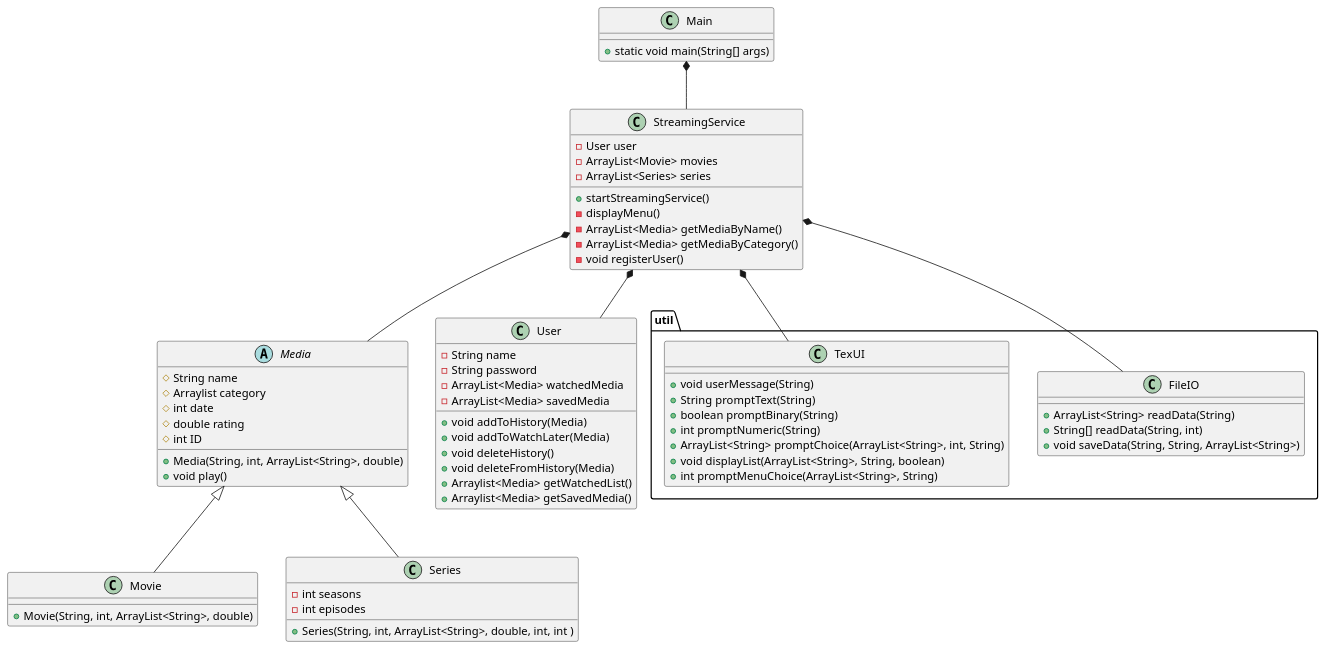
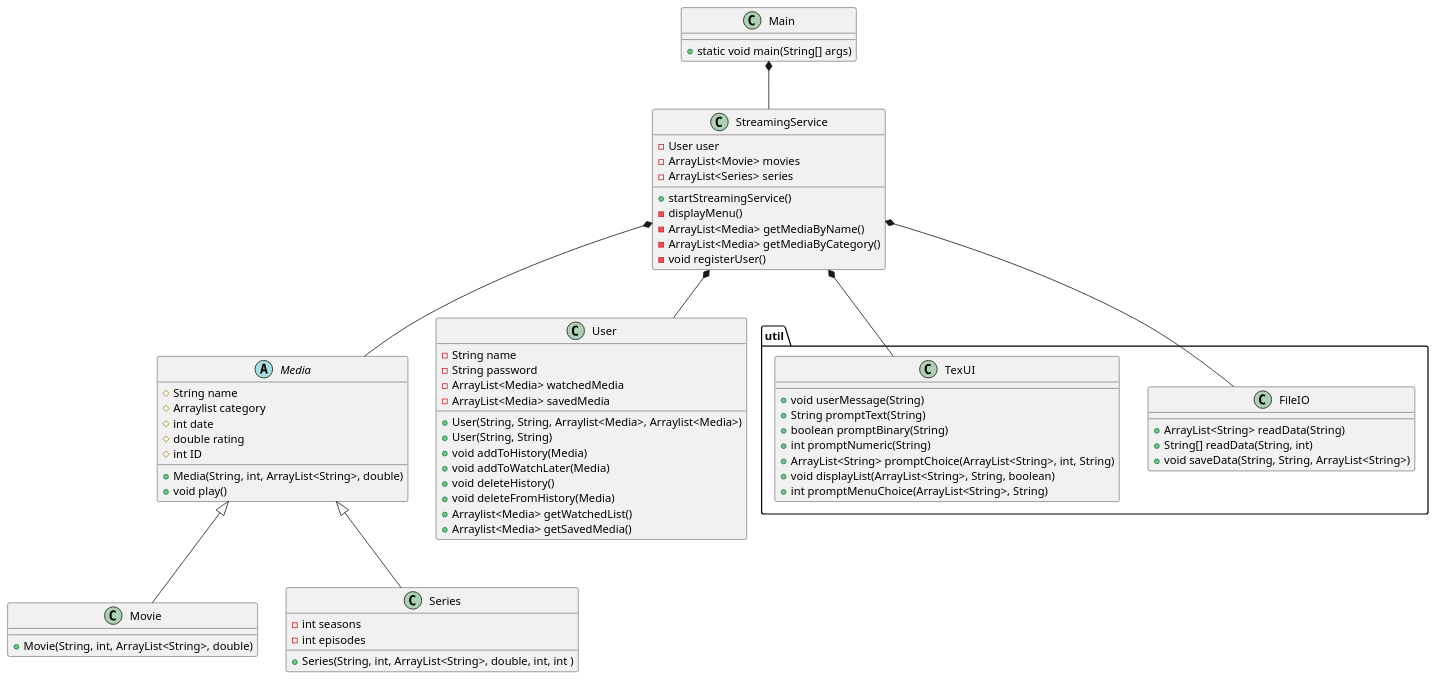
Before and after one commit to Studiegruppe-B/SP3-Streamingtjeneste: the diagram in doc/static/classDiagram.puml, drawn with PlantUML.

Commit message:
Tilføjelse af user konstrukters

```diff
--- a/doc/static/classDiagram.puml
+++ b/doc/static/classDiagram.puml
@@ -1,81 +1,83 @@
 @startuml
 class Main{
 + static void main(String[] args)
 
 }
 
 class StreamingService{
 - User user
 - ArrayList<Movie> movies
 - ArrayList<Series> series
 + startStreamingService()
 - displayMenu()
 - ArrayList<Media> getMediaByName()
 - ArrayList<Media> getMediaByCategory()
 - void registerUser()
 }
 
 
 
 
 abstract class Media{
 # String name
 # Arraylist category
 # int date
 # double rating
 # int ID
 + Media(String, int, ArrayList<String>, double)
 + void play()
 
 }
 
 class Movie{
 + Movie(String, int, ArrayList<String>, double)
 }
 
 class Series{
 + Series(String, int, ArrayList<String>, double, int, int )
 - int seasons
 - int episodes
 }
 
 class User{
 - String name
 - String password
 - ArrayList<Media> watchedMedia
 - ArrayList<Media> savedMedia
++ User(String, String, Arraylist<Media>, Arraylist<Media>)
++ User(String, String)
 + void addToHistory(Media)
 + void addToWatchLater(Media)
 + void deleteHistory()
 + void deleteFromHistory(Media)
 + Arraylist<Media> getWatchedList()
 + Arraylist<Media> getSavedMedia()
 }
 
 package "util"{
 static class FileIO{
 + ArrayList<String> readData(String)
 + String[] readData(String, int)
 + void saveData(String, String, ArrayList<String>)
 }
 
 static class TexUI{
 + void userMessage(String)
 + String promptText(String)
 + boolean promptBinary(String)
 + int promptNumeric(String)
 + ArrayList<String> promptChoice(ArrayList<String>, int, String)
 + void displayList(ArrayList<String>, String, boolean)
 + int promptMenuChoice(ArrayList<String>, String)
 
 }
 }
 
 Main *-- StreamingService
 StreamingService *-- Media
 StreamingService *-- FileIO
 StreamingService *-- TexUI
 StreamingService *-- User
 Media <|-- Movie
 Media <|-- Series
 @enduml
```
